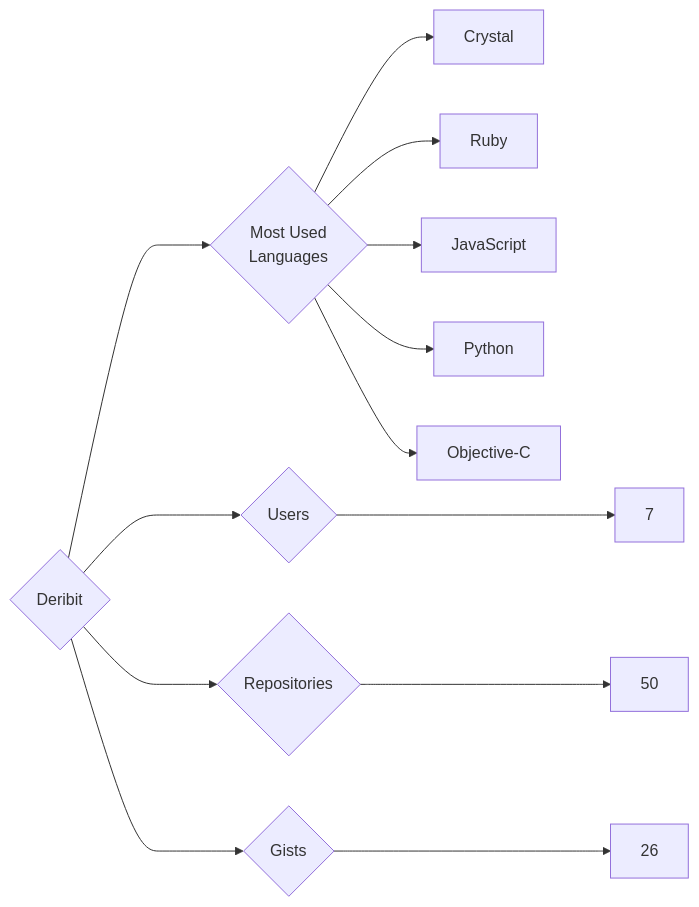
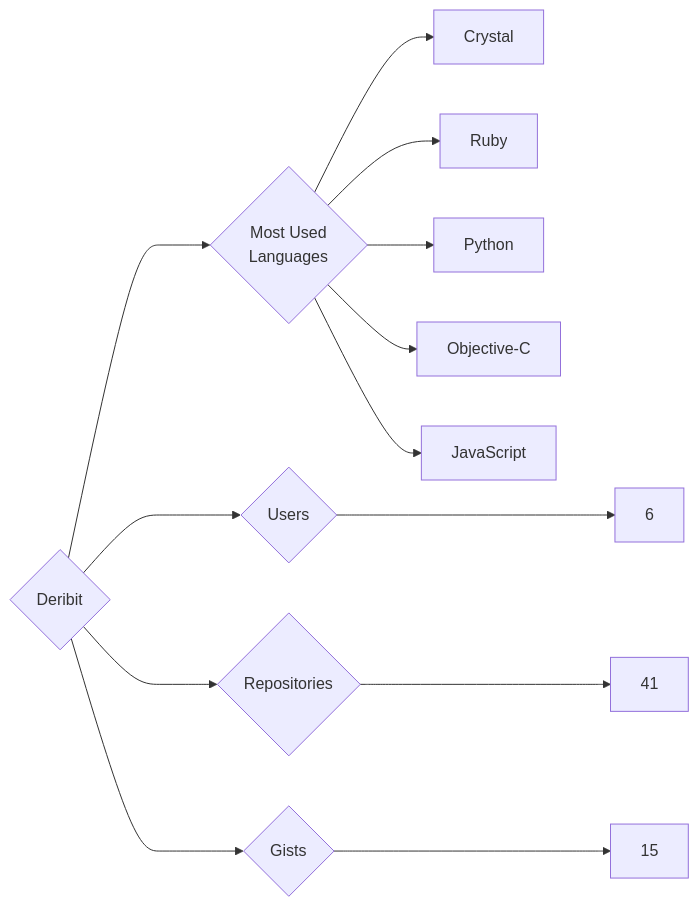
One commit to trickest/insiders changed the diagram in targets/Deribit/README.md. Above: the diagram before and after it, drawn with Mermaid. The commit also changed 895 other files, not shown here.

````diff
--- a/targets/Deribit/README.md
+++ b/targets/Deribit/README.md
@@ -3,13 +3,13 @@
 ```mermaid
 graph LR
 COMPANY_NAME{Deribit}
-COMPANY_NAME ---> U{Users} ---> UN[7]
-COMPANY_NAME ---> R{Repositories} ---> RN[50]
-COMPANY_NAME ---> G{Gists} ---> GN[26]
+COMPANY_NAME ---> U{Users} ---> UN[6]
+COMPANY_NAME ---> R{Repositories} ---> RN[41]
+COMPANY_NAME ---> G{Gists} ---> GN[15]
 COMPANY_NAME ---> ML{Most Used<br>Languages}
 ML --> Crystal[Crystal]
 ML --> Ruby[Ruby]
-ML --> JavaScript[JavaScript]
 ML --> Python[Python]
 ML --> Objective-C[Objective-C]
+ML --> JavaScript[JavaScript]
 ```
````
